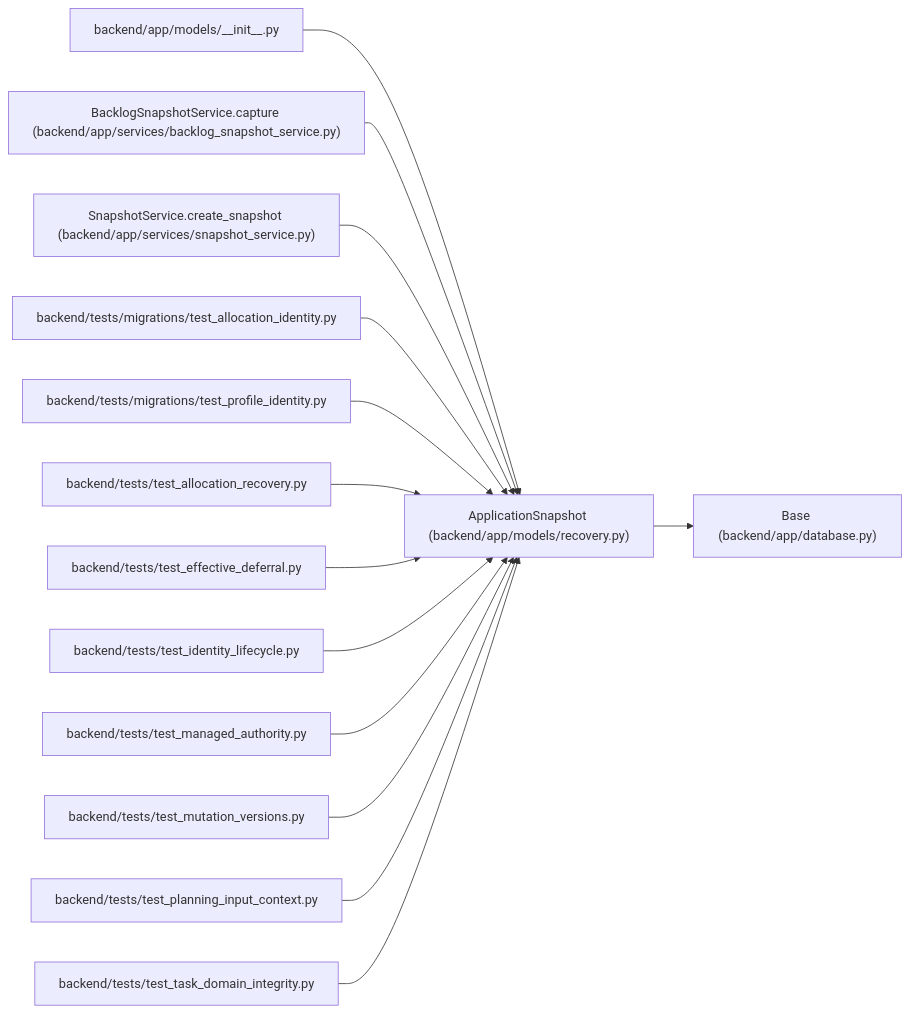
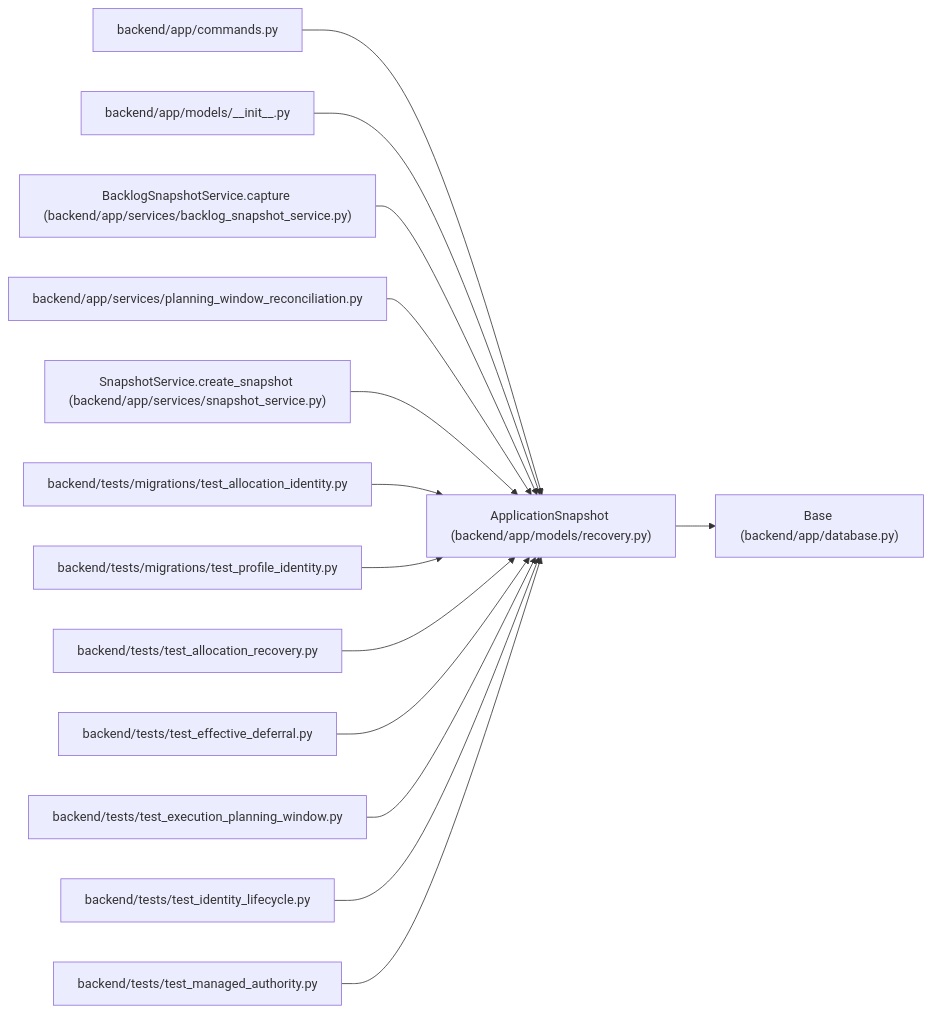
The diagram in docs/llm_wiki/entities/ApplicationSnapshot.md (Denissvgn/WorkChord), drawn with Mermaid before and after one commit. The commit also changed other lines of this file and 868 other files, not shown here.

Commit message:
Document authenticated planning-window recovery and retained worker evidence

````diff
--- a/docs/llm_wiki/entities/ApplicationSnapshot.md
+++ b/docs/llm_wiki/entities/ApplicationSnapshot.md
@@ -37,44 +37,44 @@
 ```mermaid
 flowchart LR
     n0["ApplicationSnapshot (backend/app/models/recovery.py)"]
     n1["Base (backend/app/database.py)"]
-    n2["backend/app/models/__init__.py"]
-    n3["BacklogSnapshotService.capture (backend/app/services/backlog_snapshot_service.py)"]
-    n4["SnapshotService.create_snapshot (backend/app/services/snapshot_service.py)"]
-    n5["backend/tests/migrations/test_allocation_identity.py"]
-    n6["backend/tests/migrations/test_profile_identity.py"]
-    n7["backend/tests/test_allocation_recovery.py"]
-    n8["backend/tests/test_effective_deferral.py"]
-    n9["backend/tests/test_identity_lifecycle.py"]
-    n10["backend/tests/test_managed_authority.py"]
-    n11["backend/tests/test_mutation_versions.py"]
-    n12["backend/tests/test_planning_input_context.py"]
-    n13["backend/tests/test_task_domain_integrity.py"]
+    n2["backend/app/commands.py"]
+    n3["backend/app/models/__init__.py"]
+    n4["BacklogSnapshotService.capture (backend/app/services/backlog_snapshot_service.py)"]
+    n5["backend/app/services/planning_window_reconciliation.py"]
+    n6["SnapshotService.create_snapshot (backend/app/services/snapshot_service.py)"]
+    n7["backend/tests/migrations/test_allocation_identity.py"]
+    n8["backend/tests/migrations/test_profile_identity.py"]
+    n9["backend/tests/test_allocation_recovery.py"]
+    n10["backend/tests/test_effective_deferral.py"]
+    n11["backend/tests/test_execution_planning_window.py"]
+    n12["backend/tests/test_identity_lifecycle.py"]
+    n13["backend/tests/test_managed_authority.py"]
     n0 --> n1
     n2 --> n0
     n3 --> n0
     n4 --> n0
     n5 --> n0
     n6 --> n0
     n7 --> n0
     n8 --> n0
     n9 --> n0
     n10 --> n0
     n11 --> n0
     n12 --> n0
     n13 --> n0
     click n0 "../modules/recovery.md"
     click n1 "../modules/app_database.md"
-    click n2 "../modules/models___init__.md"
-    click n3 "../modules/backlog_snapshot_service.md"
-    click n4 "../modules/snapshot_service.md"
-    click n5 "../modules/test_allocation_identity.md"
-    click n6 "../modules/test_profile_identity.md"
-    click n7 "../modules/test_allocation_recovery.md"
-    click n8 "../modules/test_effective_deferral.md"
-    click n9 "../modules/test_identity_lifecycle.md"
-    click n10 "../modules/test_managed_authority.md"
-    click n11 "../modules/test_mutation_versions.md"
-    click n12 "../modules/test_planning_input_context.md"
-    click n13 "../modules/test_task_domain_integrity.md"
+    click n2 "../modules/commands.md"
+    click n3 "../modules/models___init__.md"
+    click n4 "../modules/backlog_snapshot_service.md"
+    click n5 "../modules/planning_window_reconciliation.md"
+    click n6 "../modules/snapshot_service.md"
+    click n7 "../modules/test_allocation_identity.md"
+    click n8 "../modules/test_profile_identity.md"
+    click n9 "../modules/test_allocation_recovery.md"
+    click n10 "../modules/test_effective_deferral.md"
+    click n11 "../modules/test_execution_planning_window.md"
+    click n12 "../modules/test_identity_lifecycle.md"
+    click n13 "../modules/test_managed_authority.md"
 ```
````
